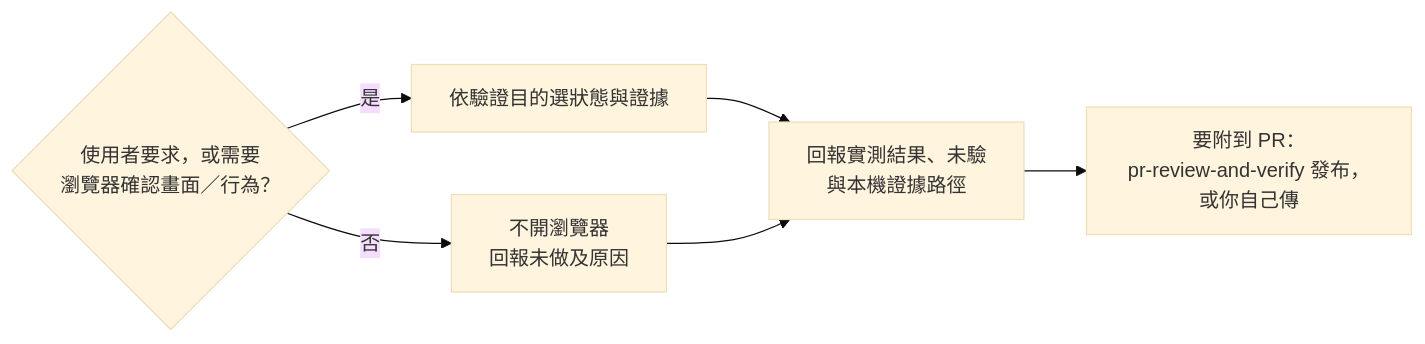
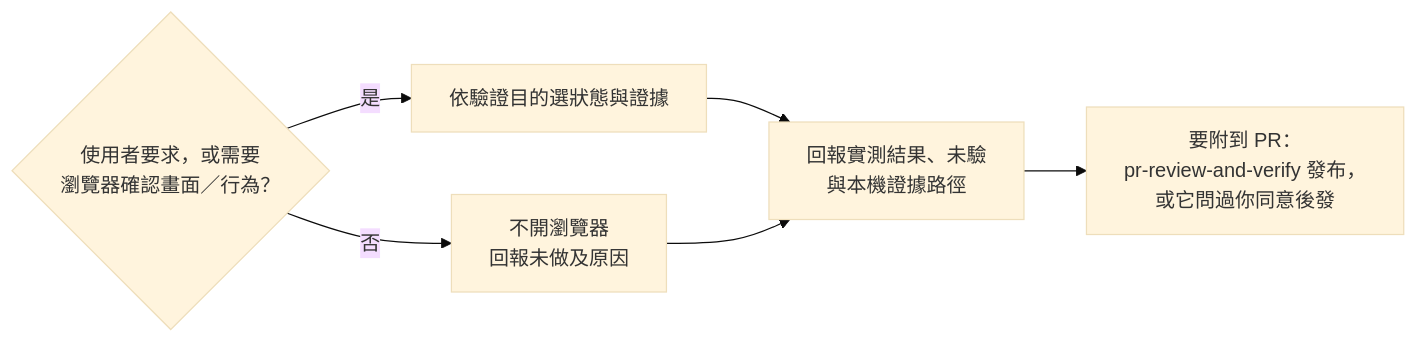
The diagram in docs/skills/verify-in-browser.md (henry5720/agent-config), drawn with Mermaid (base theme) before and after one commit. The commit also changed other lines of this file and 5 other files, not shown here.

````diff
--- a/docs/skills/verify-in-browser.md
+++ b/docs/skills/verify-in-browser.md
@@ -29,9 +29,9 @@
 ```mermaid
 flowchart LR
   D{"使用者要求，或需要<br/>瀏覽器確認畫面／行為？"}
   D -- 是 --> V["依驗證目的選狀態與證據"]
   D -- 否 --> S["不開瀏覽器<br/>回報未做及原因"]
   V --> P["回報實測結果、未驗<br/>與本機證據路徑"]
   S --> P
-  P --> U["要附到 PR：<br/>pr-review-and-verify 發布，或你自己傳"]
+  P --> U["要附到 PR：<br/>pr-review-and-verify 發布，<br/>或它問過你同意後發"]
 ```
````
